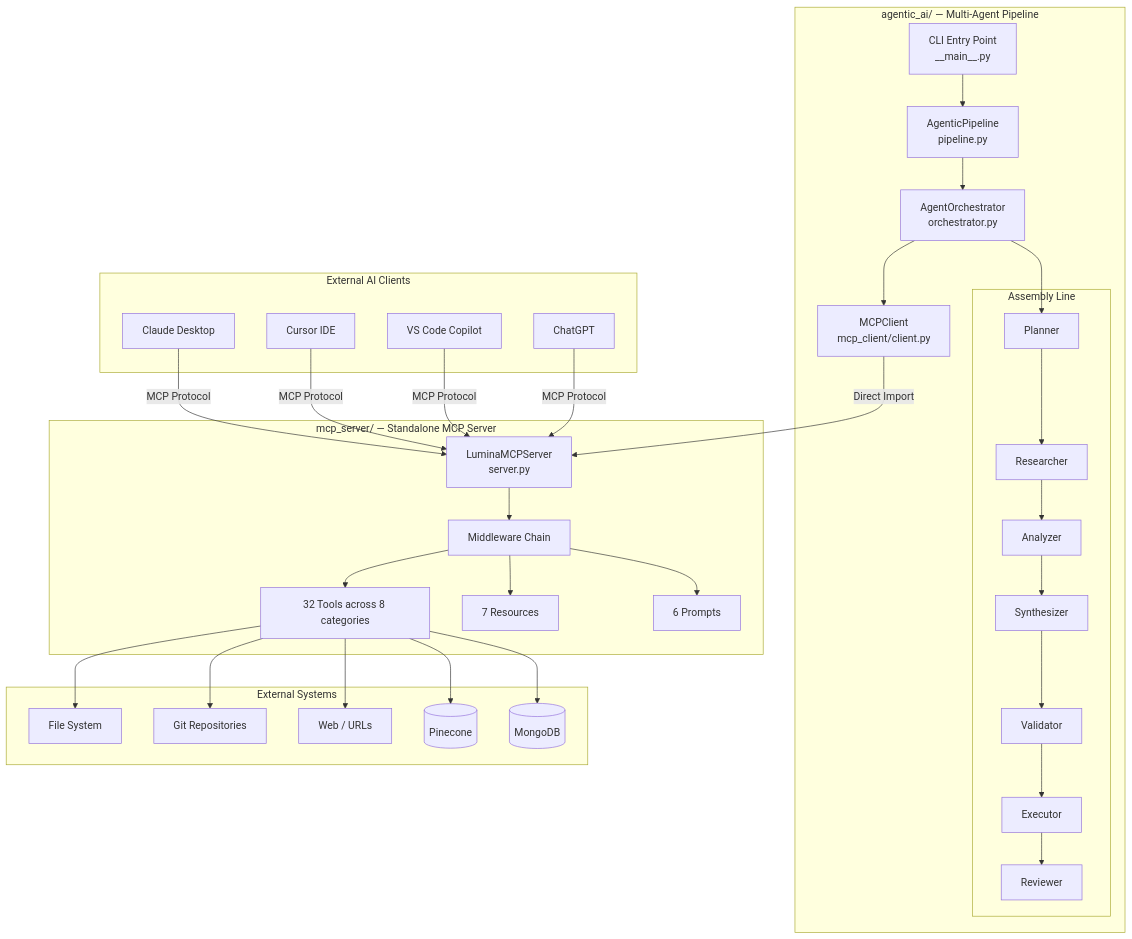
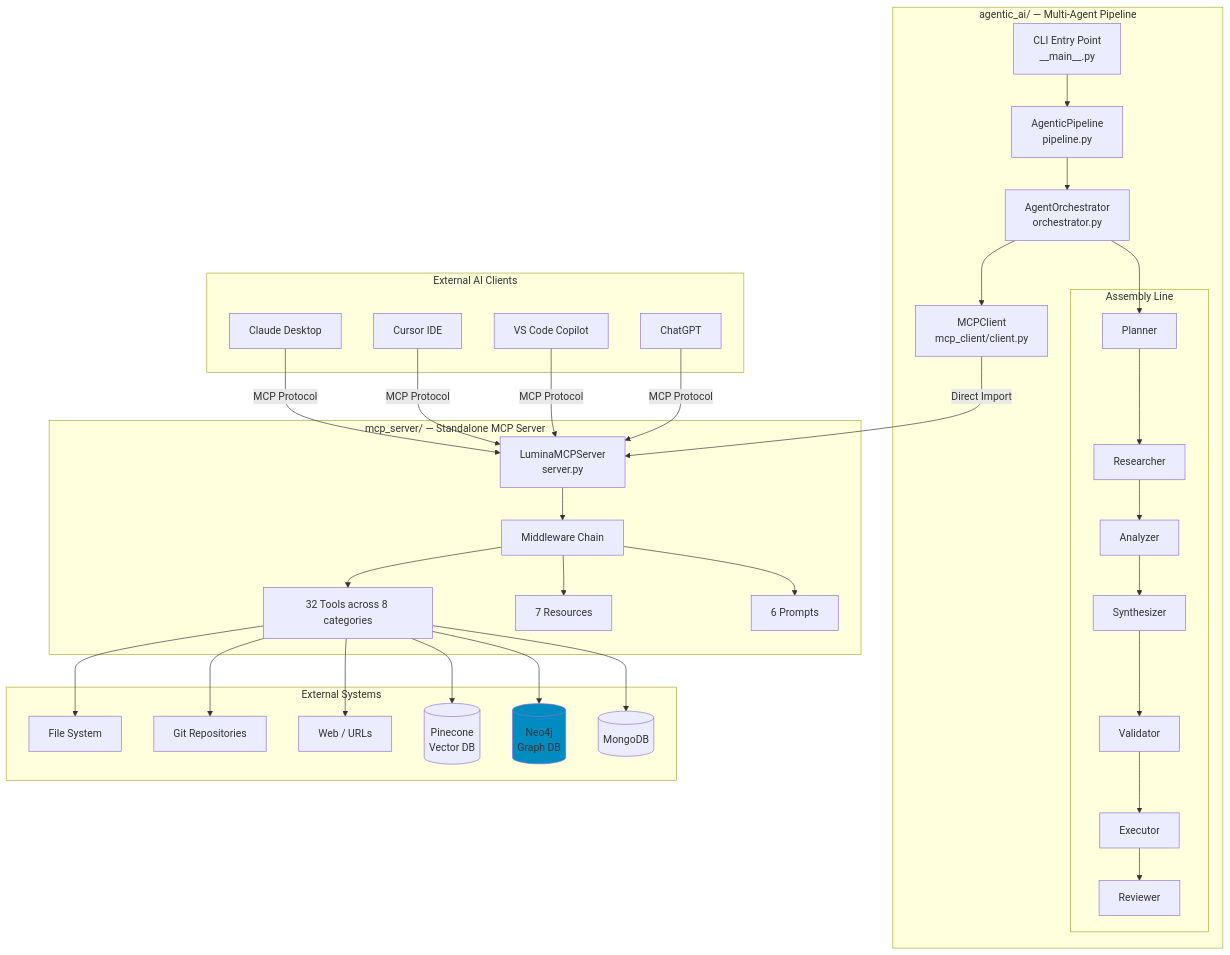
One commit to hoangsonww/AI-RAG-Assistant-Chatbot changed the first of 25 diagrams in AGENTIC-AI.md. Above: the diagram before and after it, drawn with Mermaid. The commit also changed other lines of this file and 32 other files, not shown here.

First line of the commit message:
feat(rag): add hybrid Pinecone+Neo4j retrieval, graph ingestion, and CLI graph management

````diff
--- a/AGENTIC-AI.md
+++ b/AGENTIC-AI.md
@@ -78,52 +78,55 @@
 ```mermaid
 graph TB
     subgraph "External AI Clients"
         Claude[Claude Desktop]
         Cursor[Cursor IDE]
         VSCode[VS Code Copilot]
         ChatGPT[ChatGPT]
     end
 
     subgraph "agentic_ai/ — Multi-Agent Pipeline"
         CLI[CLI Entry Point<br/>__main__.py]
         Pipeline[AgenticPipeline<br/>pipeline.py]
         Orch[AgentOrchestrator<br/>orchestrator.py]
         MCPCli[MCPClient<br/>mcp_client/client.py]
 
         subgraph "Assembly Line"
             P[Planner]
             R[Researcher]
             A[Analyzer]
             S[Synthesizer]
             V[Validator]
             E[Executor]
             Rev[Reviewer]
         end
     end
 
     subgraph "mcp_server/ — Standalone MCP Server"
         Server[LuminaMCPServer<br/>server.py]
         MW[Middleware Chain]
         Tools[32 Tools across 8 categories]
         Resources[7 Resources]
         Prompts[6 Prompts]
     end
 
     subgraph "External Systems"
         FS[File System]
         Git[Git Repositories]
         Web[Web / URLs]
-        Pinecone[(Pinecone)]
+        Pinecone[(Pinecone<br/>Vector DB)]
+        Neo4j[(Neo4j<br/>Graph DB)]
         MongoDB[(MongoDB)]
     end
 
     CLI --> Pipeline --> Orch
     Orch --> P --> R --> A --> S --> V --> E --> Rev
     Orch --> MCPCli
 
     Claude & Cursor & VSCode & ChatGPT -->|MCP Protocol| Server
     MCPCli -->|Direct Import| Server
 
     Server --> MW --> Tools & Resources & Prompts
-    Tools --> FS & Git & Web & Pinecone & MongoDB
+    Tools --> FS & Git & Web & Pinecone & Neo4j & MongoDB
+
+    style Neo4j fill:#008CC1
 ```
````
